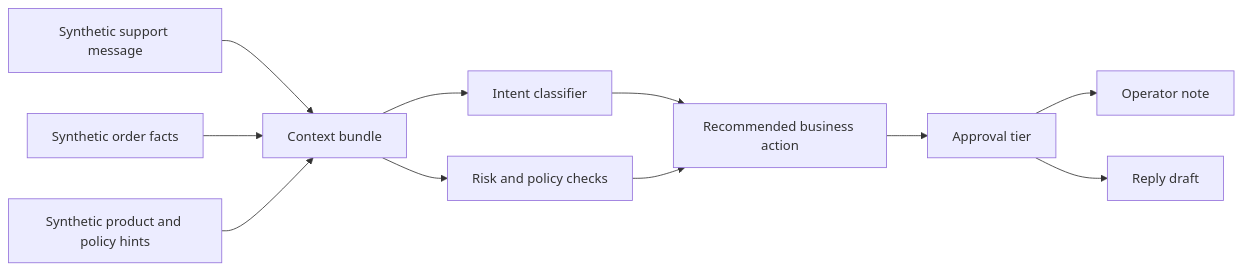
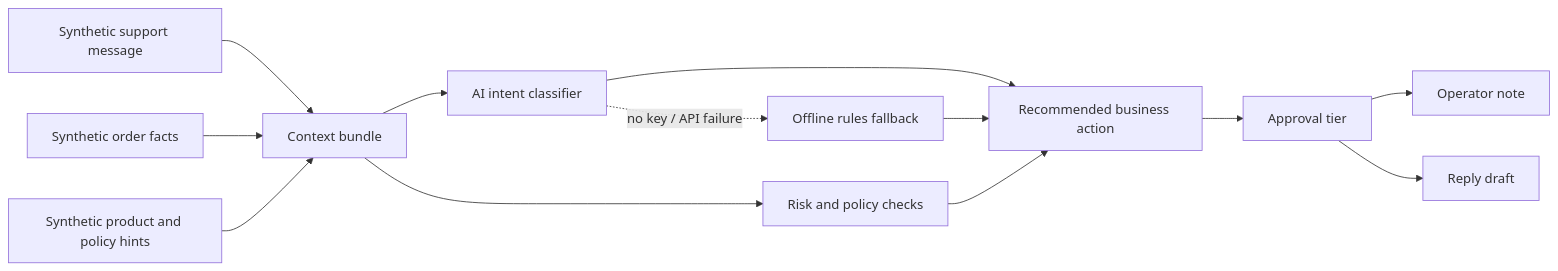
Before and after one commit to moses-shenassa/auva-ai-commerce-ops-demo: the diagram in docs/architecture.md, drawn with Mermaid. The commit also changed other lines of this file and 10 other files, not shown here.

Commit message:
Add AI-backed AUVA intent classifier

````diff
--- a/docs/architecture.md
+++ b/docs/architecture.md
@@ -7,13 +7,15 @@
 ```mermaid
 flowchart LR
     A[Synthetic support message] --> B[Context bundle]
     C[Synthetic order facts] --> B
     D[Synthetic product and policy hints] --> B
-    B --> E[Intent classifier]
+    B --> E[AI intent classifier]
+    E -. no key / API failure .-> R[Offline rules fallback]
     B --> F[Risk and policy checks]
     E --> G[Recommended business action]
+    R --> G
     F --> G
     G --> H[Approval tier]
     H --> I[Operator note]
     H --> J[Reply draft]
 ```
````
